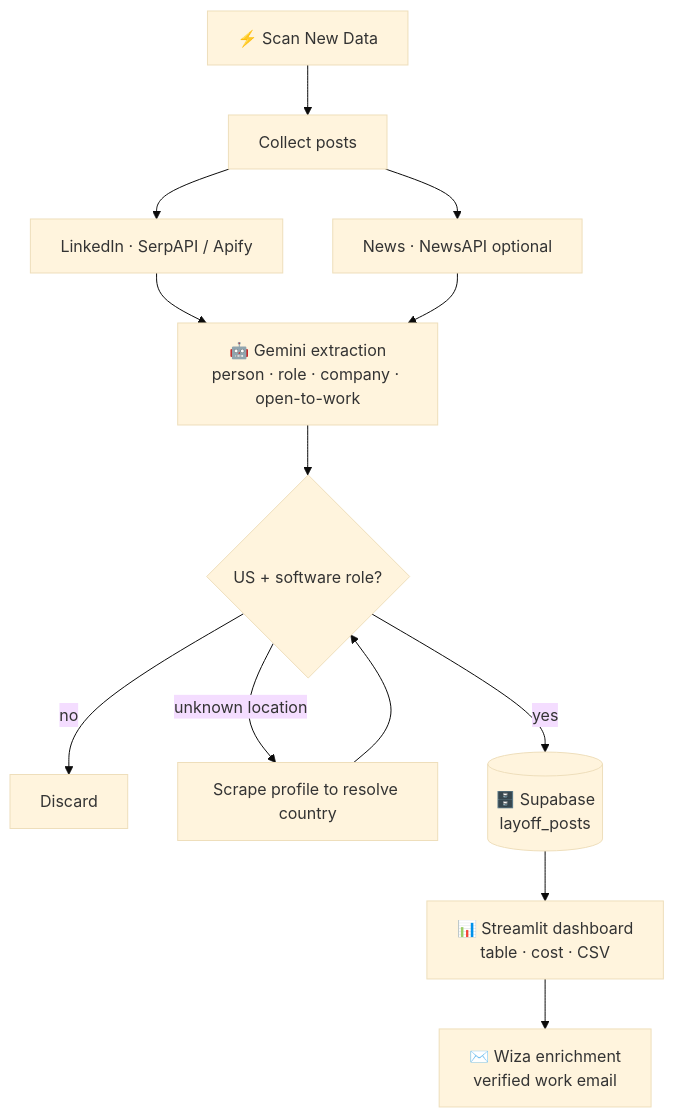
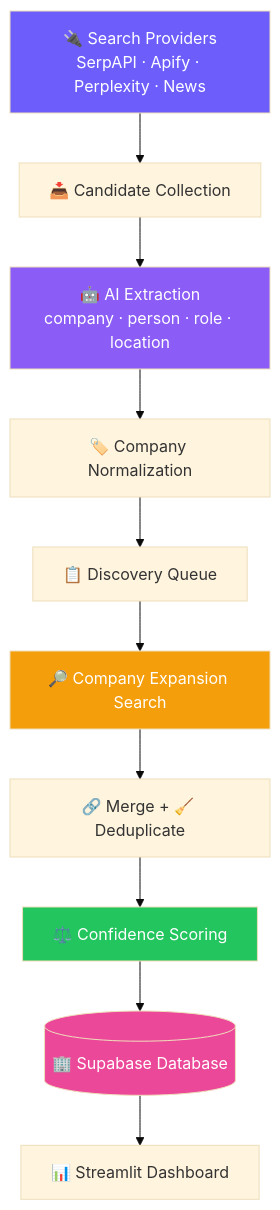
One commit to adityasharmadotai-hash/amazing-ai-agents changed the diagram in agents/layoff-detection-linkedin/README.md. Above: the diagram before and after it, drawn with Mermaid (base theme). The commit also changed other lines of this file and 1 other file, not shown here.

First line of the commit message:
Docs: rewrite layoff-detection README & tutorial

````diff
--- a/agents/layoff-detection-linkedin/README.md
+++ b/agents/layoff-detection-linkedin/README.md
@@ -56,15 +38,17 @@
 ```mermaid
 flowchart TD
-    A[⚡ Scan New Data] --> B[Collect posts]
-    B --> B1[LinkedIn · SerpAPI / Apify]
-    B --> B2[News · NewsAPI optional]
-    B1 --> C[🤖 Gemini extraction<br/>person · role · company · open-to-work]
-    B2 --> C
-    C --> D{US + software role?}
-    D -- no --> X[Discard]
-    D -- unknown location --> E[Scrape profile to resolve country]
-    E --> D
-    D -- yes --> F[(🗄️ Supabase<br/>layoff_posts)]
-    F --> G[📊 Streamlit dashboard<br/>table · cost · CSV]
-    G --> H[✉️ Wiza enrichment<br/>verified work email]
+    P[🔌 Search Providers<br/>SerpAPI · Apify · Perplexity · News] --> C[📥 Candidate Collection]
+    C --> E[🤖 AI Extraction<br/>company · person · role · location]
+    E --> N[🏷️ Company Normalization]
+    N --> Q[📋 Discovery Queue]
+    Q --> X[🔎 Company Expansion Search]
+    X --> M[🔗 Merge + 🧹 Deduplicate]
+    M --> S[⚖️ Confidence Scoring]
+    S --> DB[(🏢 Supabase Database)]
+    DB --> UI[📊 Streamlit Dashboard]
+    style P fill:#6d5efc,color:#fff
+    style E fill:#8b5cf6,color:#fff
+    style X fill:#f59e0b,color:#fff
+    style S fill:#22c55e,color:#fff
+    style DB fill:#ec4899,color:#fff
 ```
````
